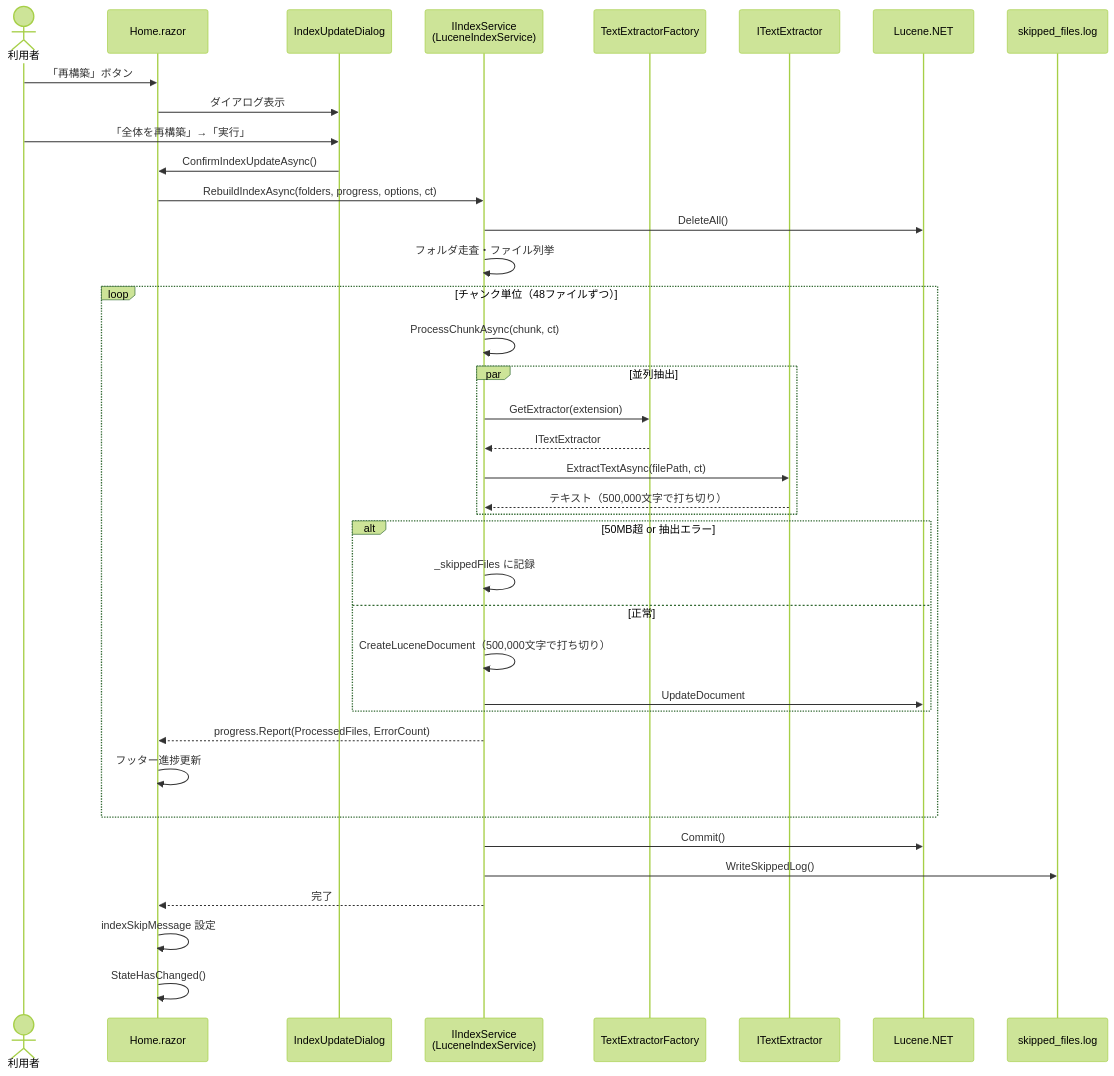
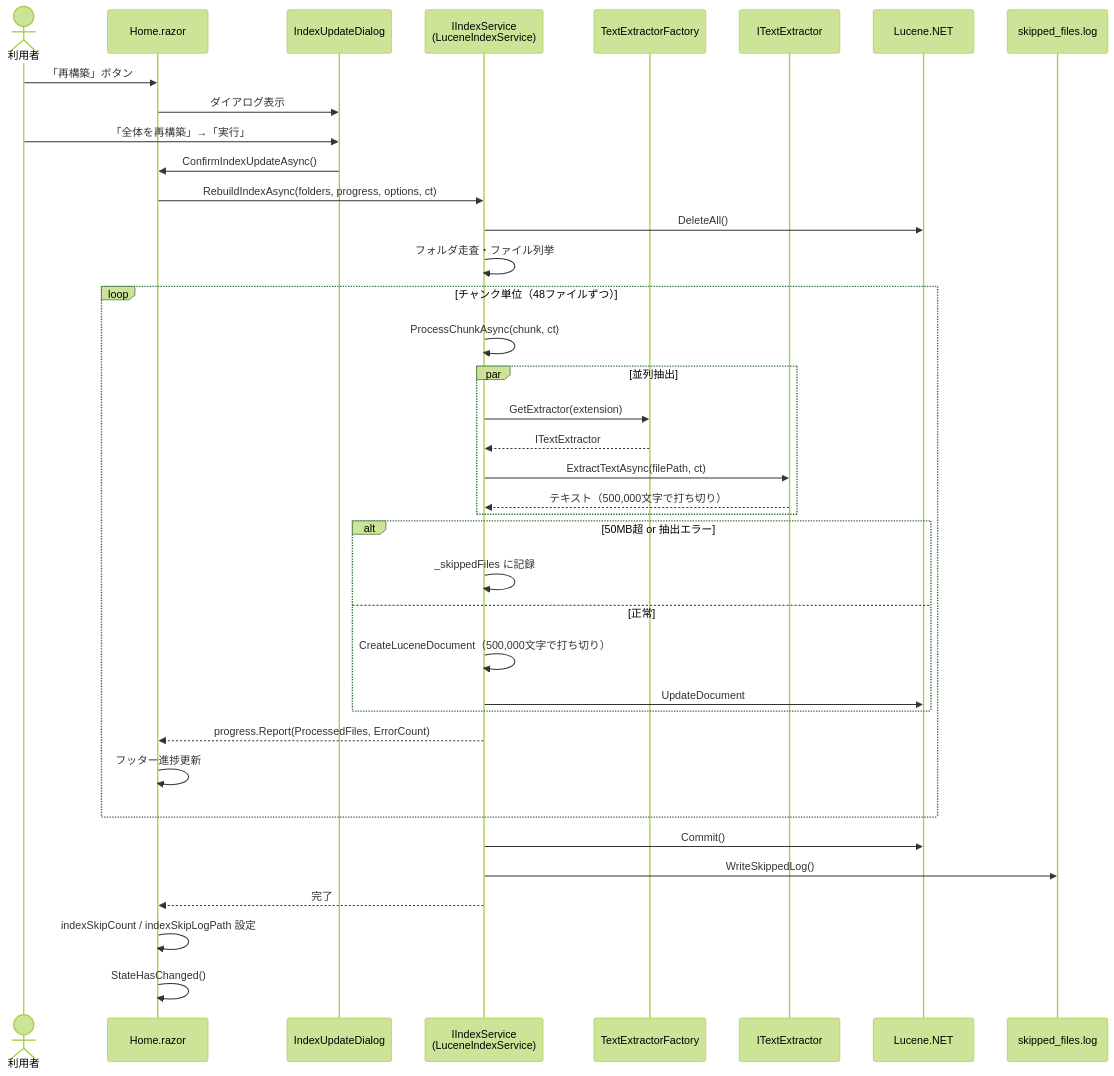
One commit to zndmonya-dot/FileSearchApp- changed the seventh of 15 diagrams in docs/UML図.md. Above: the diagram before and after it, drawn with Mermaid (forest theme). The commit also changed other lines of this file and 7 other files, not shown here.

````diff
--- a/docs/UML図.md
+++ b/docs/UML図.md
@@ -455,47 +457,47 @@
 ```mermaid
 sequenceDiagram
     actor User as 利用者
     participant Home as Home.razor
     participant Dialog as IndexUpdateDialog
     participant Index as IIndexService<br/>(LuceneIndexService)
     participant Factory as TextExtractorFactory
     participant Ext as ITextExtractor
     participant Lucene as Lucene.NET
     participant Log as skipped_files.log
 
     User->>Home: 「再構築」ボタン
     Home->>Dialog: ダイアログ表示
     User->>Dialog: 「全体を再構築」→「実行」
     Dialog->>Home: ConfirmIndexUpdateAsync()
     Home->>Index: RebuildIndexAsync(folders, progress, options, ct)
     Index->>Lucene: DeleteAll()
     Index->>Index: フォルダ走査・ファイル列挙
 
     loop チャンク単位（48ファイルずつ）
         Index->>Index: ProcessChunkAsync(chunk, ct)
 
         par 並列抽出
             Index->>Factory: GetExtractor(extension)
             Factory-->>Index: ITextExtractor
             Index->>Ext: ExtractTextAsync(filePath, ct)
             Ext-->>Index: テキスト（500,000文字で打ち切り）
         end
 
         alt 50MB超 or 抽出エラー
             Index->>Index: _skippedFiles に記録
         else 正常
             Index->>Index: CreateLuceneDocument（500,000文字で打ち切り）
             Index->>Lucene: UpdateDocument
         end
 
         Index-->>Home: progress.Report(ProcessedFiles, ErrorCount)
         Home->>Home: フッター進捗更新
     end
 
     Index->>Lucene: Commit()
     Index->>Log: WriteSkippedLog()
     Index-->>Home: 完了
 
-    Home->>Home: indexSkipMessage 設定
+    Home->>Home: indexSkipCount / indexSkipLogPath 設定
     Home->>Home: StateHasChanged()
 ```
````
